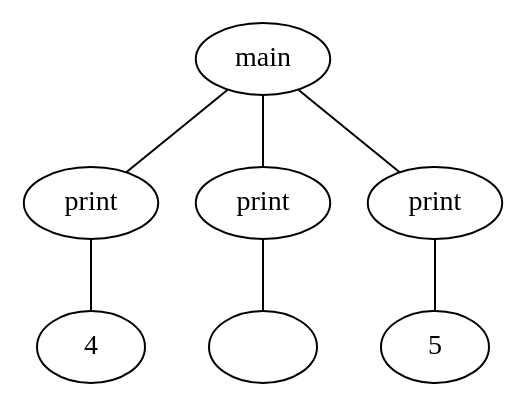
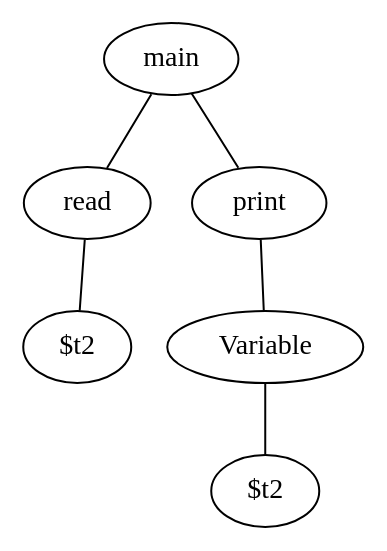
Before and after one commit to LudwinGit/Augus: the diagram in Graph.gv, drawn with Graphviz. The commit also changed 6 other files, not shown here.

```diff
--- a/Graph.gv
+++ b/Graph.gv
@@ -1,15 +1,13 @@
 graph {
-	13 [label=4]
-	14 [label=print]
-	14 -- 13
-	15 [label="\n"]
-	16 [label=print]
-	16 -- 15
-	17 [label=5]
-	18 [label=print]
-	18 -- 17
-	19 [label=main]
-	19 -- 14
-	19 -- 16
-	19 -- 18
+	1 [label="$t2"]
+	2 [label=read]
+	2 -- 1
+	3 [label="$t2"]
+	4 [label=Variable]
+	4 -- 3
+	5 [label=print]
+	5 -- 4
+	6 [label=main]
+	6 -- 2
+	6 -- 5
 }
```
